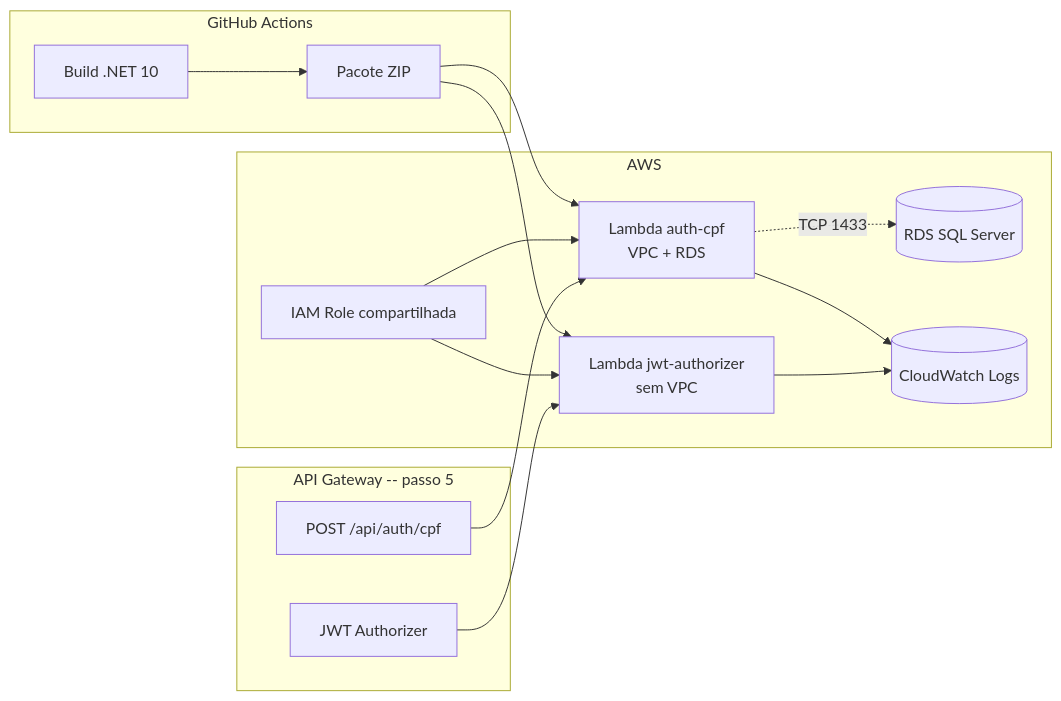
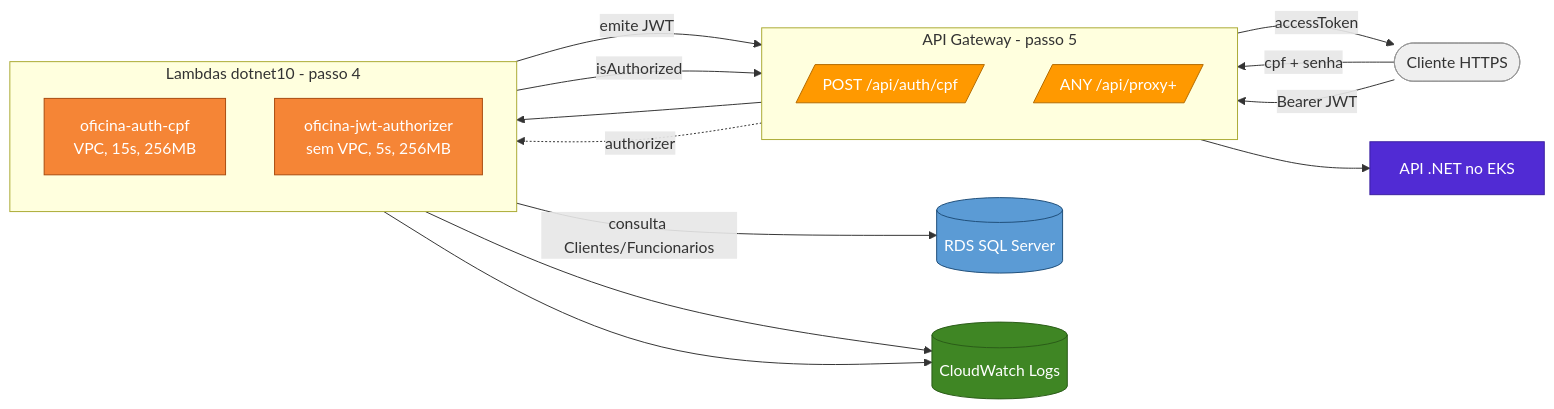
One commit to fabianorodrigues/oficina-auth-lambda changed the second of 2 diagrams in README.md. Above: the diagram before and after it, drawn with Mermaid. The commit also changed other lines of this file, not shown here.

````diff
--- a/README.md
+++ b/README.md
@@ -72,26 +97,41 @@
 ```mermaid
-graph LR
-  subgraph GH[GitHub Actions]
-    BUILD[Build .NET 10] --> ZIP[Pacote ZIP]
-  end
-  subgraph AWS[AWS]
-    IAM[IAM Role compartilhada]
-    AUTH[Lambda auth-cpf<br/>VPC + RDS]
-    AUTHZ[Lambda jwt-authorizer<br/>sem VPC]
-    RDS[(RDS SQL Server)]
-    CW[(CloudWatch Logs)]
-  end
-  subgraph APIGW[API Gateway -- passo 5]
-    ROUTE[POST /api/auth/cpf]
-    AUTHORIZER[JWT Authorizer]
-  end
-  ZIP --> AUTH
-  ZIP --> AUTHZ
-  IAM --> AUTH
-  IAM --> AUTHZ
-  AUTH -.TCP 1433.-> RDS
-  AUTH --> CW
-  AUTHZ --> CW
-  ROUTE --> AUTH
-  AUTHORIZER --> AUTHZ
+flowchart LR
+    classDef lmb   fill:#F58536,color:#fff,stroke:#A84B0F
+    classDef k8s   fill:#FF9900,color:#fff,stroke:#B36B00
+    classDef db    fill:#5B9BD5,color:#fff,stroke:#1F4E79
+    classDef api   fill:#512BD4,color:#fff,stroke:#3A1FA0
+    classDef store fill:#3F8624,color:#fff,stroke:#2A5C18
+    classDef ext   fill:#EFEFEF,color:#333,stroke:#999
+
+    USER([Cliente HTTPS]):::ext
+
+    subgraph APIGW[API Gateway - passo 5]
+      direction TB
+      R1[/POST /api/auth/cpf/]:::k8s
+      R2[/ANY /api/proxy+/]:::k8s
+    end
+
+    subgraph LMBS[Lambdas dotnet10 - passo 4]
+      direction TB
+      AUTH[oficina-auth-cpf<br/>VPC, 15s, 256MB]:::lmb
+      AUTHZ[oficina-jwt-authorizer<br/>sem VPC, 5s, 256MB]:::lmb
+    end
+
+    BACKEND[API .NET no EKS]:::api
+    RDS[(RDS SQL Server)]:::db
+    CW[(CloudWatch Logs)]:::store
+
+    USER -->|cpf + senha| R1
+    R1 --> AUTH
+    AUTH -->|consulta Clientes/Funcionarios| RDS
+    AUTH -->|emite JWT| R1
+    R1 -->|accessToken| USER
+
+    USER -->|Bearer JWT| R2
+    R2 -. authorizer .-> AUTHZ
+    AUTHZ -->|isAuthorized| R2
+    R2 --> BACKEND
+
+    AUTH --> CW
+    AUTHZ --> CW
 ```
````
